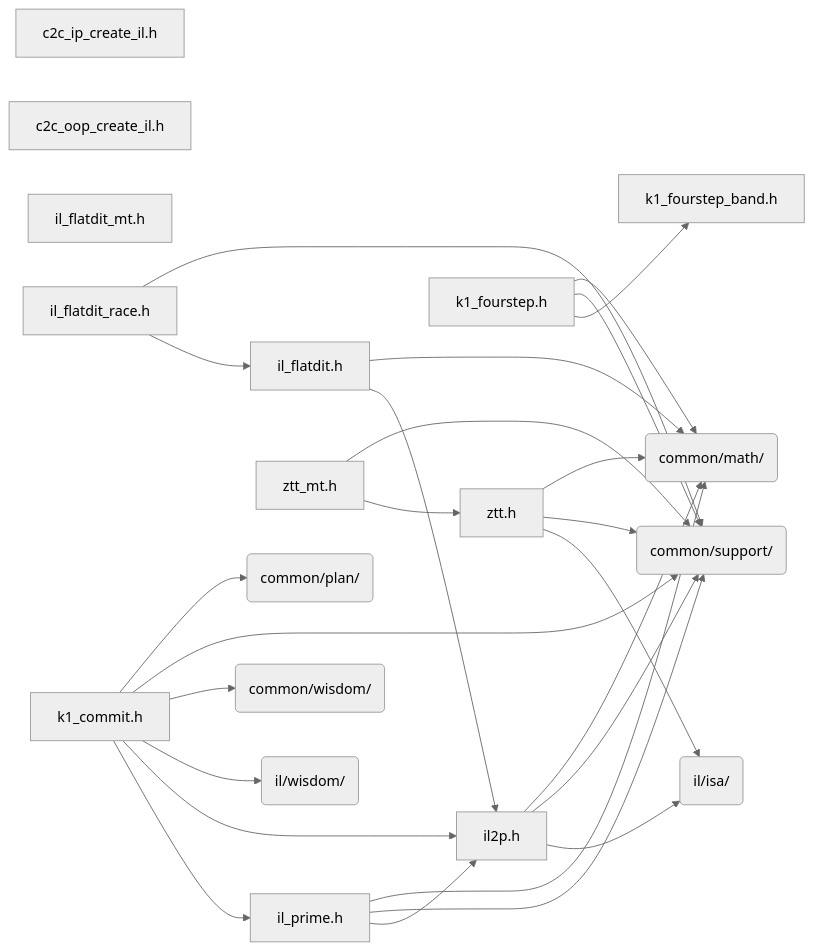
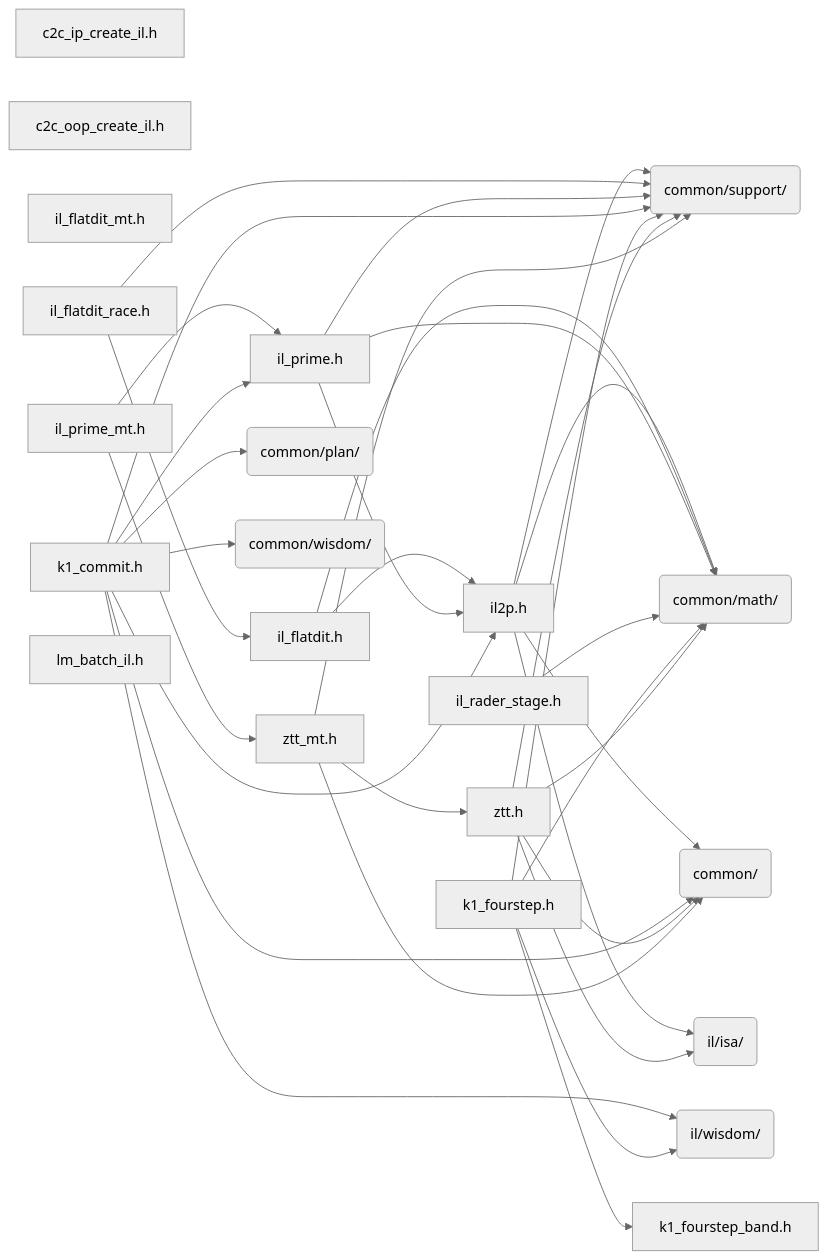
Before and after one commit to Tugbars/VectorFFT: the diagram in docs/architecture/generated/folders/il__rank1.md, drawn with Mermaid (neutral theme). The commit also changed other lines of this file and 98 other files, not shown here.

Commit message:
regenerated architecture drawings

````diff
--- a/docs/architecture/generated/folders/il__rank1.md
+++ b/docs/architecture/generated/folders/il__rank1.md
@@ -21,45 +24,57 @@
 ```mermaid
 flowchart LR
     n_il_rank1_c2c_ip_create_il_h["c2c_ip_create_il.h"]
     n_il_rank1_c2c_oop_create_il_h["c2c_oop_create_il.h"]
     n_il_rank1_il2p_h["il2p.h"]
     n_il_rank1_il_flatdit_h["il_flatdit.h"]
     n_il_rank1_il_flatdit_mt_h["il_flatdit_mt.h"]
     n_il_rank1_il_flatdit_race_h["il_flatdit_race.h"]
     n_il_rank1_il_prime_h["il_prime.h"]
+    n_il_rank1_il_prime_mt_h["il_prime_mt.h"]
+    n_il_rank1_il_rader_stage_h["il_rader_stage.h"]
     n_il_rank1_k1_commit_h["k1_commit.h"]
     n_il_rank1_k1_fourstep_h["k1_fourstep.h"]
     n_il_rank1_k1_fourstep_band_h["k1_fourstep_band.h"]
+    n_il_rank1_lm_batch_il_h["lm_batch_il.h"]
     n_il_rank1_ztt_h["ztt.h"]
     n_il_rank1_ztt_mt_h["ztt_mt.h"]
+    n_dir_common("common/")
     n_dir_common_math("common/math/")
     n_dir_common_plan("common/plan/")
     n_dir_common_support("common/support/")
     n_dir_common_wisdom("common/wisdom/")
     n_dir_il_isa("il/isa/")
     n_dir_il_wisdom("il/wisdom/")
+    n_il_rank1_il2p_h --> n_dir_common
     n_il_rank1_il2p_h --> n_dir_common_math
     n_il_rank1_il2p_h --> n_dir_common_support
     n_il_rank1_il2p_h --> n_dir_il_isa
     n_il_rank1_il_flatdit_h --> n_dir_common_math
     n_il_rank1_il_flatdit_h --> n_il_rank1_il2p_h
     n_il_rank1_il_flatdit_race_h --> n_dir_common_support
     n_il_rank1_il_flatdit_race_h --> n_il_rank1_il_flatdit_h
     n_il_rank1_il_prime_h --> n_dir_common_math
     n_il_rank1_il_prime_h --> n_dir_common_support
     n_il_rank1_il_prime_h --> n_il_rank1_il2p_h
+    n_il_rank1_il_prime_mt_h --> n_il_rank1_il_prime_h
+    n_il_rank1_il_prime_mt_h --> n_il_rank1_ztt_mt_h
+    n_il_rank1_il_rader_stage_h --> n_dir_common_math
+    n_il_rank1_k1_commit_h --> n_dir_common
     n_il_rank1_k1_commit_h --> n_dir_common_plan
     n_il_rank1_k1_commit_h --> n_dir_common_support
     n_il_rank1_k1_commit_h --> n_dir_common_wisdom
     n_il_rank1_k1_commit_h --> n_dir_il_wisdom
     n_il_rank1_k1_commit_h --> n_il_rank1_il2p_h
     n_il_rank1_k1_commit_h --> n_il_rank1_il_prime_h
     n_il_rank1_k1_fourstep_h --> n_dir_common_math
     n_il_rank1_k1_fourstep_h --> n_dir_common_support
+    n_il_rank1_k1_fourstep_h --> n_dir_il_wisdom
     n_il_rank1_k1_fourstep_h --> n_il_rank1_k1_fourstep_band_h
+    n_il_rank1_ztt_h --> n_dir_common
     n_il_rank1_ztt_h --> n_dir_common_math
     n_il_rank1_ztt_h --> n_dir_common_support
     n_il_rank1_ztt_h --> n_dir_il_isa
+    n_il_rank1_ztt_mt_h --> n_dir_common
     n_il_rank1_ztt_mt_h --> n_dir_common_support
     n_il_rank1_ztt_mt_h --> n_il_rank1_ztt_h
 ```
````
